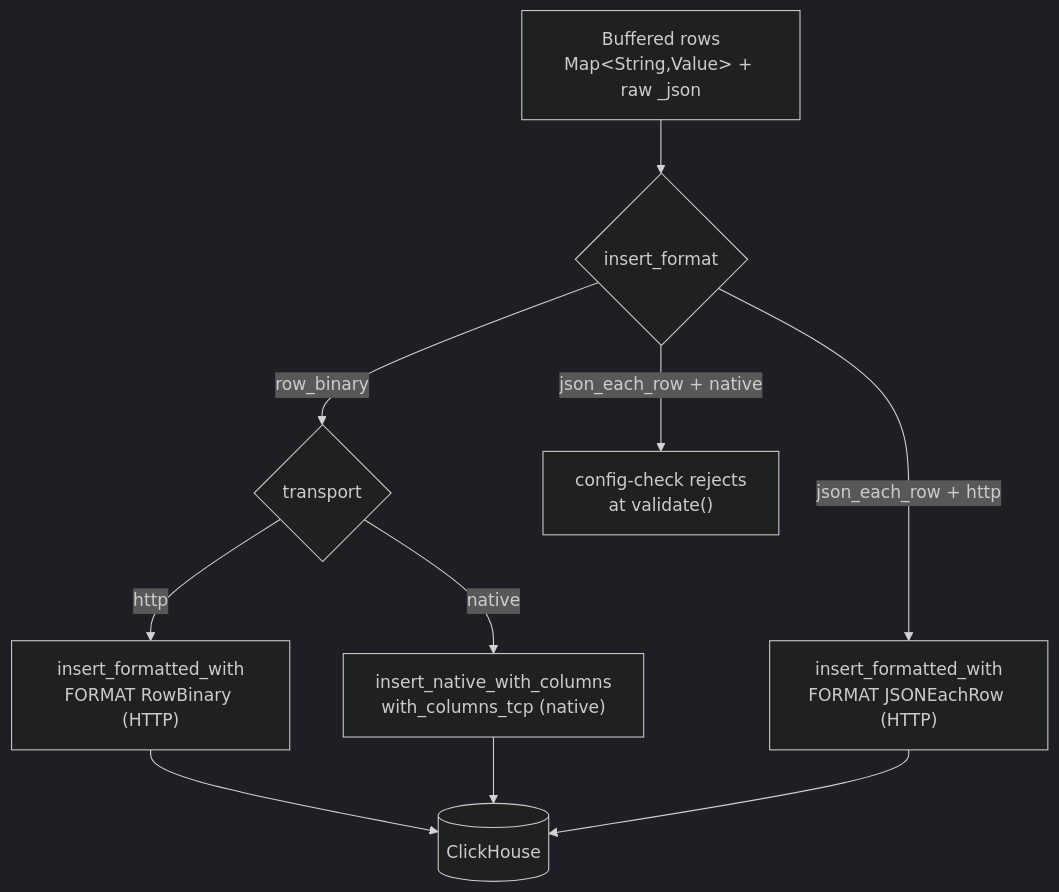
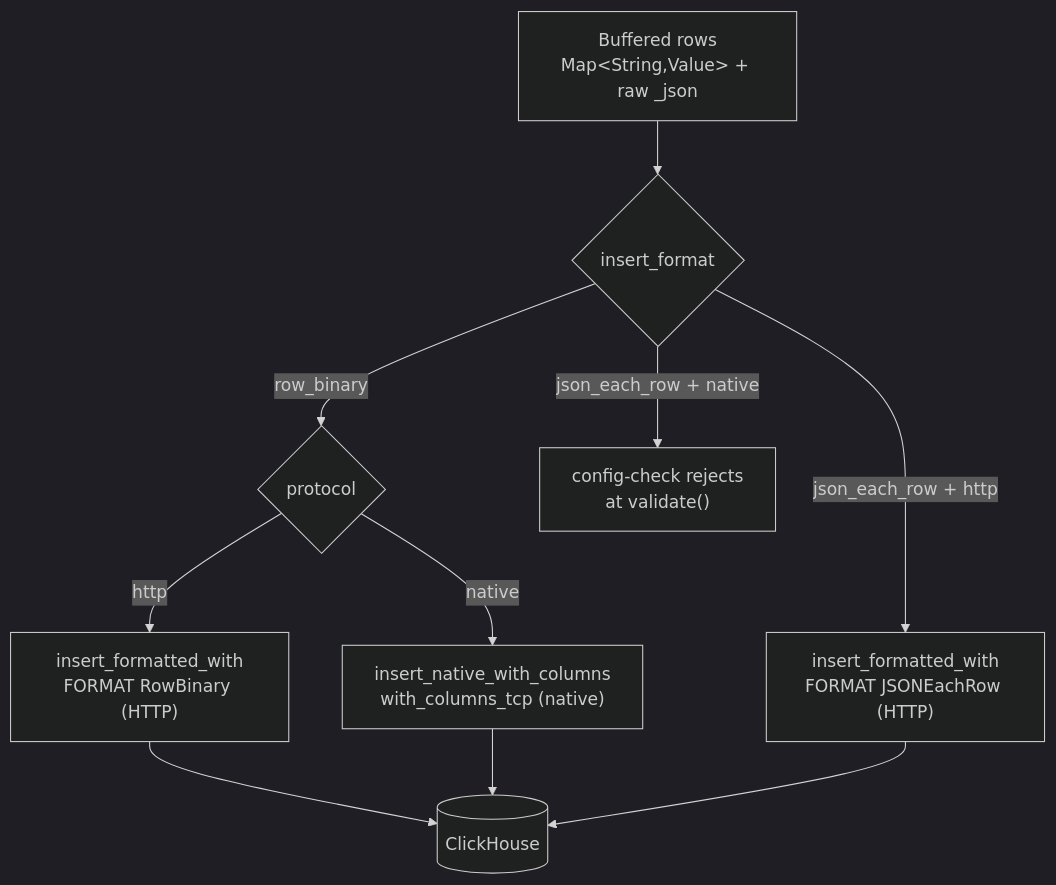
One commit to hyperi-io/dfe-loader changed the diagram in docs/clickhouse/INSERT-FORMATS.md. Above: the diagram before and after it, drawn with Mermaid (dark theme). The commit also changed other lines of this file and 10 other files, not shown here.

````diff
--- a/docs/clickhouse/INSERT-FORMATS.md
+++ b/docs/clickhouse/INSERT-FORMATS.md
@@ -18,18 +22,18 @@
 ```mermaid
 flowchart TB
     ROW["Buffered rows<br/>Map&lt;String,Value&gt; + raw _json"]
     F{"insert_format"}
-    T{"transport"}
+    T{"protocol"}
     RBH["insert_formatted_with<br/>FORMAT RowBinary (HTTP)"]
     RBT["insert_native_with_columns<br/>with_columns_tcp (native)"]
     JE["insert_formatted_with<br/>FORMAT JSONEachRow (HTTP)"]
     REJ["config-check rejects<br/>at validate()"]
     CH[("ClickHouse")]
 
     ROW --> F
     F -->|row_binary| T
     T -->|http| RBH --> CH
     T -->|native| RBT --> CH
     F -->|json_each_row + http| JE --> CH
     F -->|json_each_row + native| REJ
 ```
````
